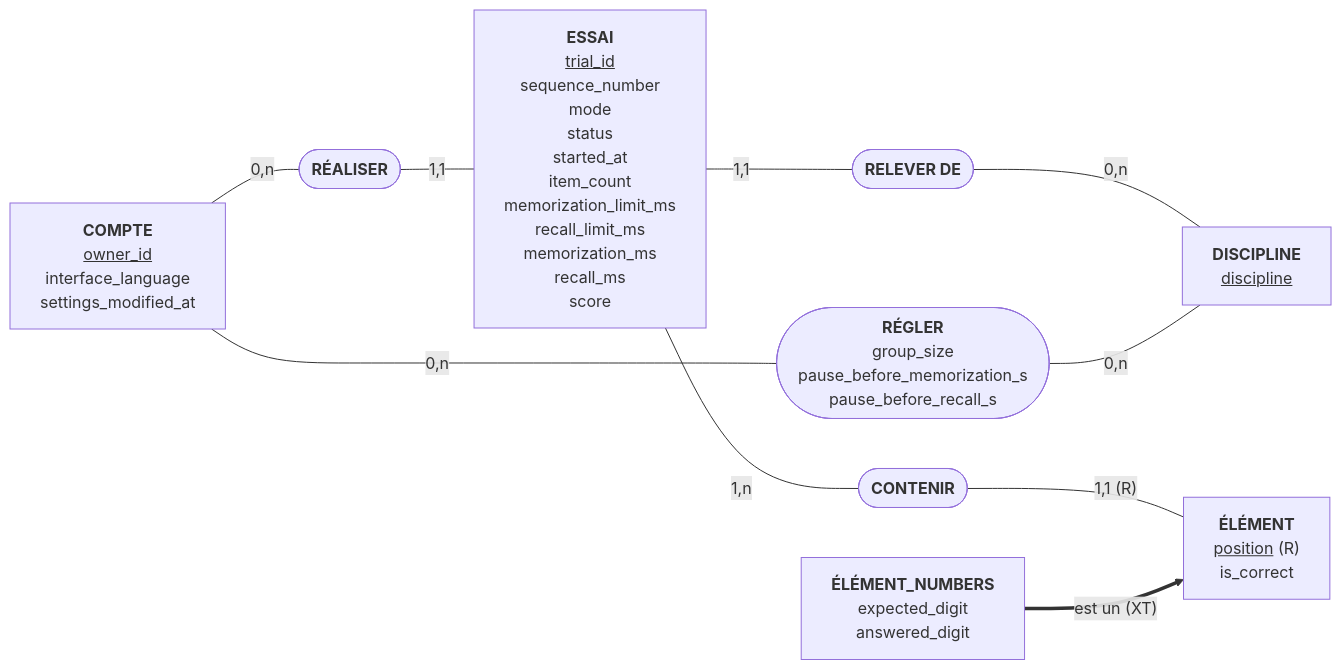
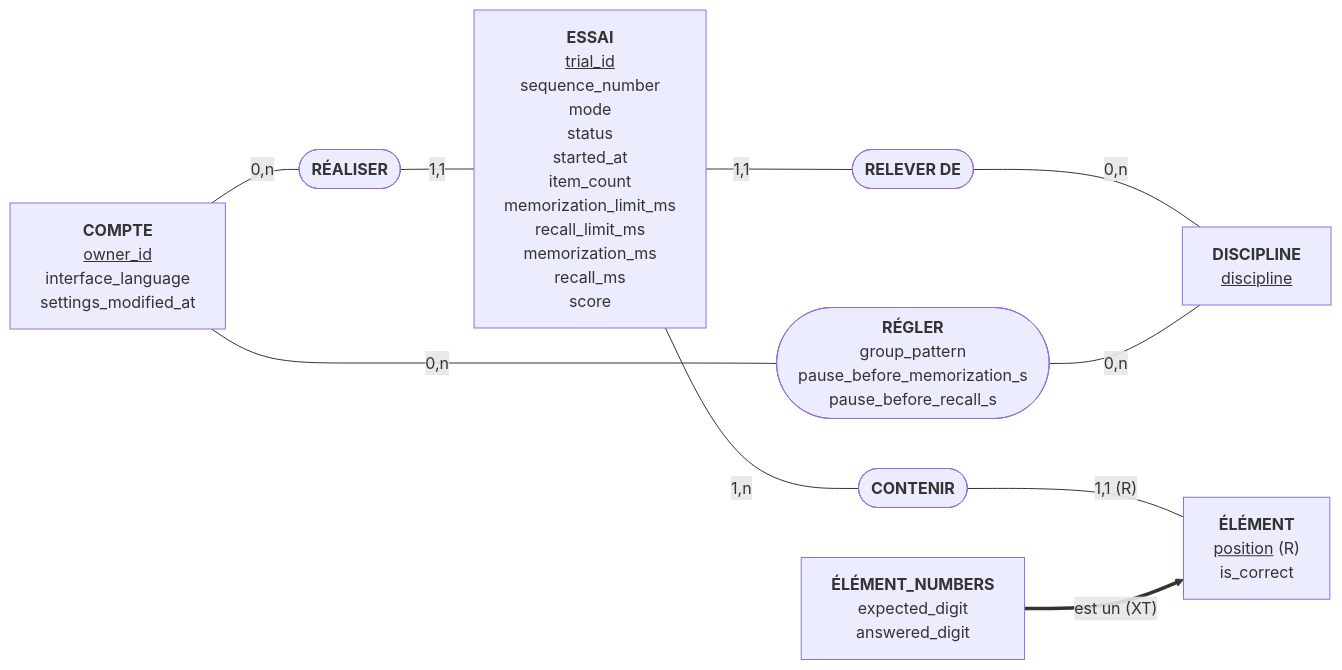
Before and after one commit to gabrielluthun/memory-trainer: the first of 2 diagrams in docs/04-specifications/bdd/mcd.md, drawn with Mermaid. The commit also changed other lines of this file, not shown here.

Commit message:
docs(specs): use group_pattern in the conceptual model

````diff
--- a/docs/04-specifications/bdd/mcd.md
+++ b/docs/04-specifications/bdd/mcd.md
@@ -18,23 +18,23 @@
 ```mermaid
 flowchart LR
     COMPTE["<b>COMPTE</b><br/><u>owner_id</u><br/>interface_language<br/>settings_modified_at"]
     DISCIPLINE["<b>DISCIPLINE</b><br/><u>discipline</u>"]
     ESSAI["<b>ESSAI</b><br/><u>trial_id</u><br/>sequence_number<br/>mode<br/>status<br/>started_at<br/>item_count<br/>memorization_limit_ms<br/>recall_limit_ms<br/>memorization_ms<br/>recall_ms<br/>score"]
     ELEMENT["<b>ÉLÉMENT</b><br/><u>position</u> (R)<br/>is_correct"]
     ELEMENT_NUMBERS["<b>ÉLÉMENT_NUMBERS</b><br/>expected_digit<br/>answered_digit"]
 
     REALISER(["<b>RÉALISER</b>"])
     RELEVER(["<b>RELEVER DE</b>"])
     CONTENIR(["<b>CONTENIR</b>"])
-    REGLER(["<b>RÉGLER</b><br/>group_size<br/>pause_before_memorization_s<br/>pause_before_recall_s"])
+    REGLER(["<b>RÉGLER</b><br/>group_pattern<br/>pause_before_memorization_s<br/>pause_before_recall_s"])
 
     COMPTE ---|"0,n"| REALISER
     REALISER ---|"1,1"| ESSAI
     ESSAI ---|"1,1"| RELEVER
     RELEVER ---|"0,n"| DISCIPLINE
     ESSAI ---|"1,n"| CONTENIR
     CONTENIR ---|"1,1 (R)"| ELEMENT
     COMPTE ---|"0,n"| REGLER
     REGLER ---|"0,n"| DISCIPLINE
     ELEMENT_NUMBERS ==>|"est un (XT)"| ELEMENT
 ```
````
